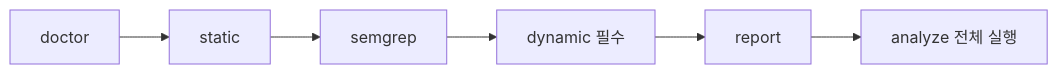
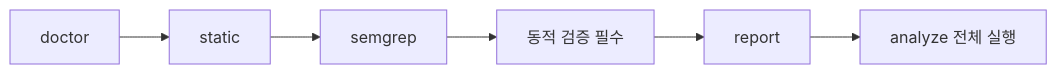
Before and after one commit to koalav/present-anyything: diagram 12 of 19 in content/decks/codex-deeplink-audit-guide/source.md, drawn with Mermaid. The commit also changed other lines of this file and 26 other files, not shown here.

````diff
--- a/content/decks/codex-deeplink-audit-guide/source.md
+++ b/content/decks/codex-deeplink-audit-guide/source.md
@@ -249,8 +249,8 @@
 ```mermaid
 flowchart LR
     A[doctor] --> B[static]
     B --> C[semgrep]
-    C --> D[dynamic 필수]
+    C --> D[동적 검증 필수]
     D --> E[report]
     E --> F[analyze 전체 실행]
 ```
````
